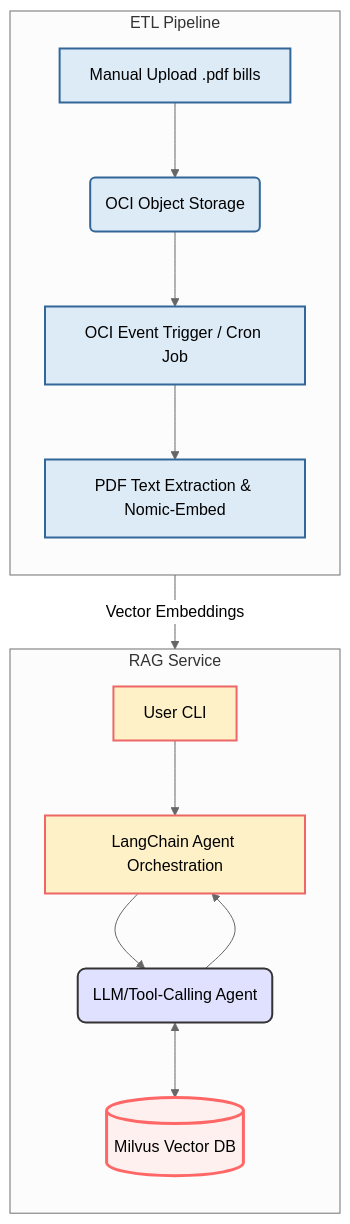
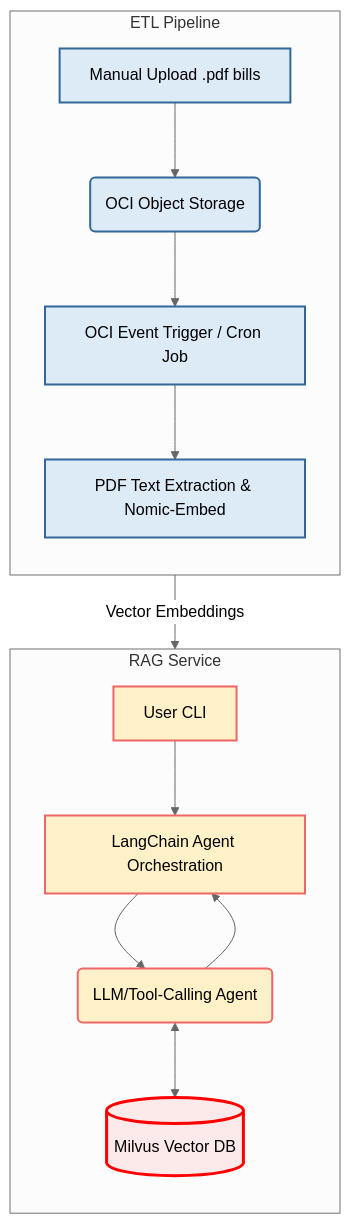
One commit to Alvan-Dmello/Intelligent-Utility-Bill-RAG changed the diagram in README.md. Above: the diagram before and after it, drawn with Mermaid (neutral theme).

````diff
--- a/README.md
+++ b/README.md
@@ -29,75 +29,75 @@
 ```mermaid
 
 graph TB
 
 classDef etl fill:#DDEBF7,stroke:#369,stroke-width:2px;
 
 classDef rag fill:#FEF0C7,stroke:#E66,stroke-width:2px;
 
 classDef db fill:#FCE9E9,stroke:#F00,stroke-width:3px;
 
 classDef interface fill:#E6FFED,stroke:#0A0;
 
 
 subgraph RAG Service
 
 direction TB
 
 F[User CLI]:::interface
 
 I[LangChain Agent Orchestration]
 
 H(LLM/Tool-Calling Agent)
 
 E[(Milvus Vector DB)]:::db
 
 
 
 F --> I;
 
 I --> H;
 
 H <--> E;
 
 H --> I;
 
 
 
 class F,I,H rag
 
 end
 
 subgraph ETL Pipeline
 
 direction TB
 
 A[Manual Upload .pdf bills]:::interface
 
 B(OCI Object Storage)
 
 C[OCI Event Trigger / Cron Job]
 
 D[PDF Text Extraction & Nomic-Embed]
 
 
 
 A --> B --> C --> D;
 
 class A,B,C,D etl
 
 end
 
 
 %% Link the two subgraphs
 
 D -- Vector Embeddings --> E;
 
 
 
 %% Explicitly style the DB and Agent for emphasis (optional, can be removed if classes are enough)
 
-style H fill:#E0E0FF,stroke:#333,stroke-width:2px,rx:8px,ry:8px
+%% style H fill:#E0E0FF,stroke:#333,stroke-width:2px,rx:8px,ry:8px
 
-style E fill:#FFF0F0,stroke:#F66,stroke-width:3px
+%% style E fill:#FFF0F0,stroke:#F66,stroke-width:3px
 
 ```
````
